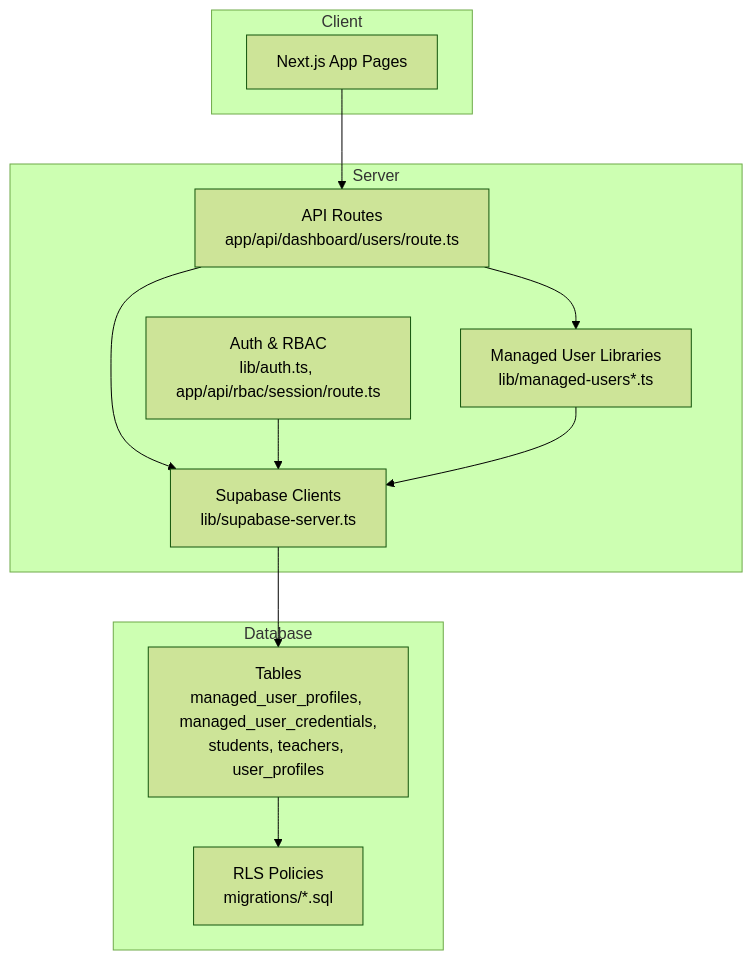
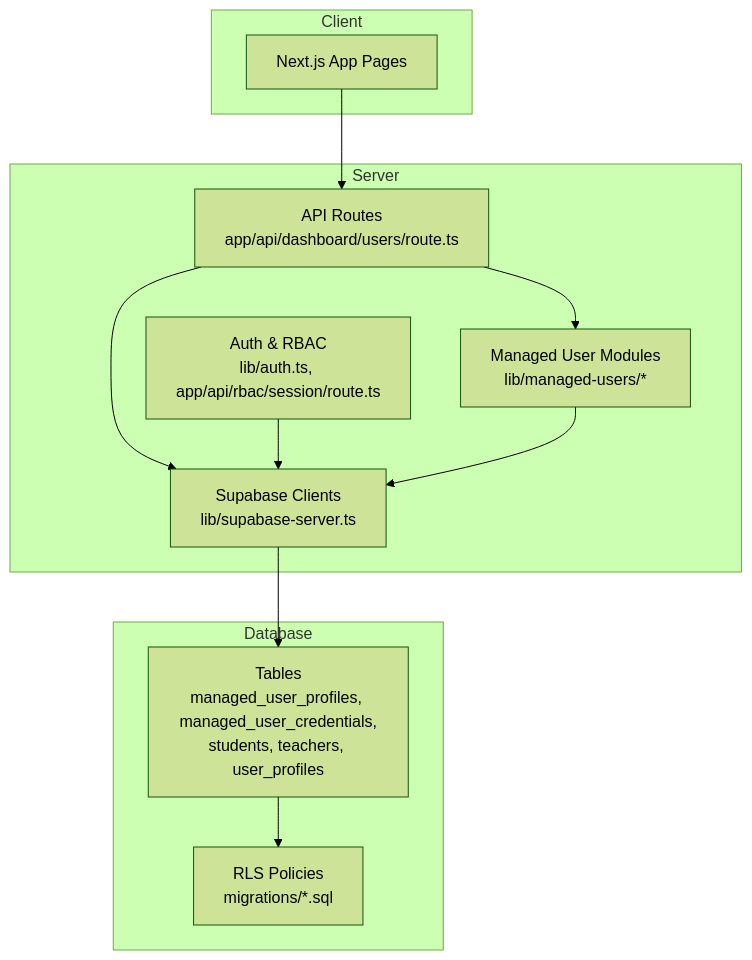
Before and after one commit to mustafaalkusaj/appschoolmustafa2002: the first of 10 diagrams in .qoder/repowiki/en/content/Teacher Management/Managed Users.md, drawn with Mermaid (forest theme). The commit also changed other lines of this file and 8 other files, not shown here.

````diff
--- a/.qoder/repowiki/en/content/Teacher Management/Managed Users.md
+++ b/.qoder/repowiki/en/content/Teacher Management/Managed Users.md
@@ -40,23 +59,23 @@
 ```mermaid
 graph TB
 subgraph "Client"
 UI["Next.js App Pages"]
 end
 subgraph "Server"
 API["API Routes<br/>app/api/dashboard/users/route.ts"]
 AUTH["Auth & RBAC<br/>lib/auth.ts, app/api/rbac/session/route.ts"]
-LIB["Managed User Libraries<br/>lib/managed-users*.ts"]
+LIB["Managed User Modules<br/>lib/managed-users/*"]
 SUPA["Supabase Clients<br/>lib/supabase-server.ts"]
 end
 subgraph "Database"
 RLS["RLS Policies<br/>migrations/*.sql"]
 TABLES["Tables<br/>managed_user_profiles, managed_user_credentials,<br/>students, teachers, user_profiles"]
 end
 UI --> API
 API --> LIB
 API --> SUPA
 AUTH --> SUPA
 LIB --> SUPA
 SUPA --> TABLES
 TABLES --> RLS
 ```
````
